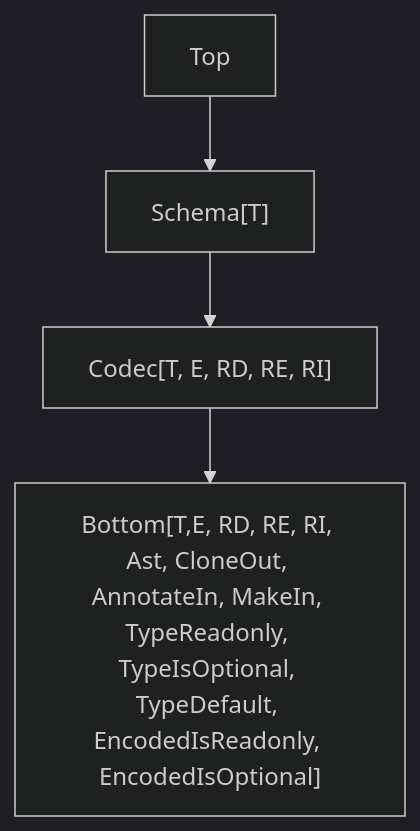
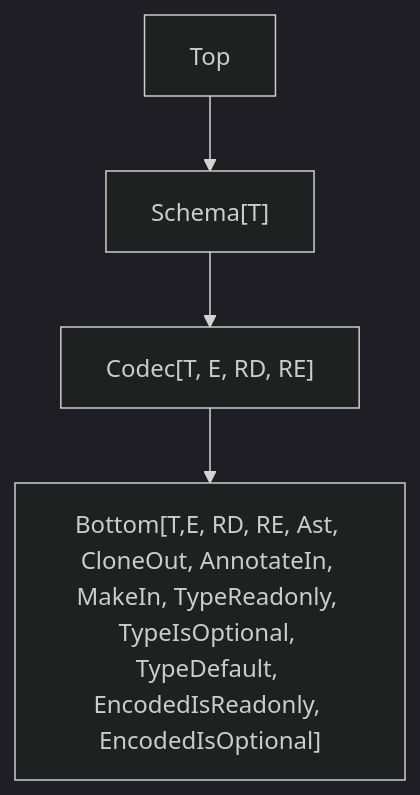
The second of 2 diagrams in packages/effect/SCHEMA.md (Effect-TS/effect-smol), drawn with Mermaid (dark theme) before and after one commit. The commit also changed other lines of this file and 4 other files, not shown here.

Commit message:
add schema decoding / encoding APIs

````diff
--- a/packages/effect/SCHEMA.md
+++ b/packages/effect/SCHEMA.md
@@ -37,6 +37,6 @@
 ```mermaid
 flowchart TD
     T[Top] --> S["Schema[T]"]
-    S --> C["Codec[T, E, RD, RE, RI]"]
-    C --> B["Bottom[T,E, RD, RE, RI, Ast, CloneOut, AnnotateIn, MakeIn, TypeReadonly, TypeIsOptional, TypeDefault, EncodedIsReadonly, EncodedIsOptional]"]
+    S --> C["Codec[T, E, RD, RE]"]
+    C --> B["Bottom[T,E, RD, RE, Ast, CloneOut, AnnotateIn, MakeIn, TypeReadonly, TypeIsOptional, TypeDefault, EncodedIsReadonly, EncodedIsOptional]"]
 ```
````
